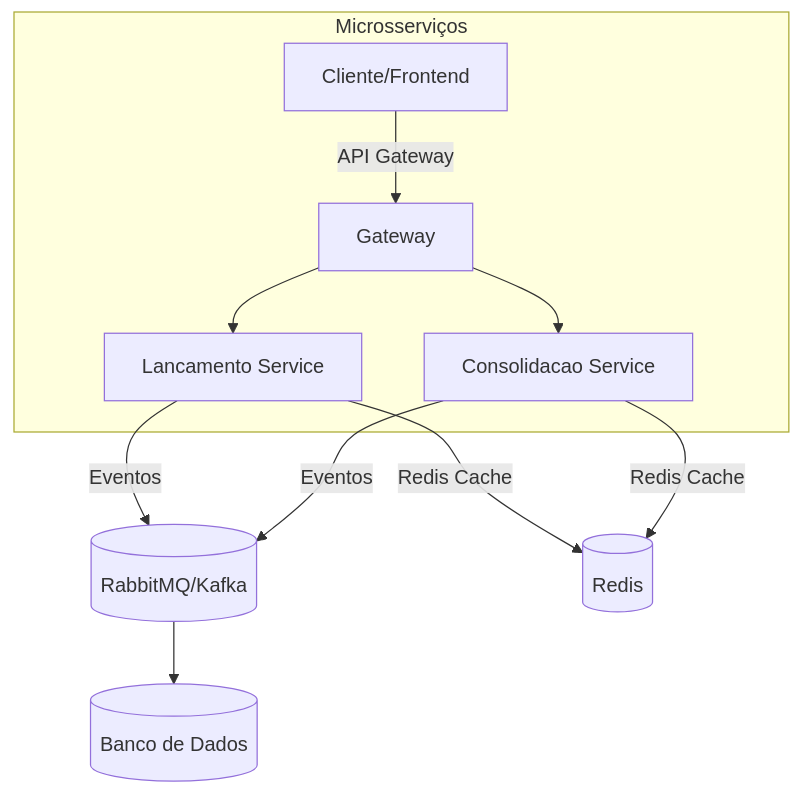
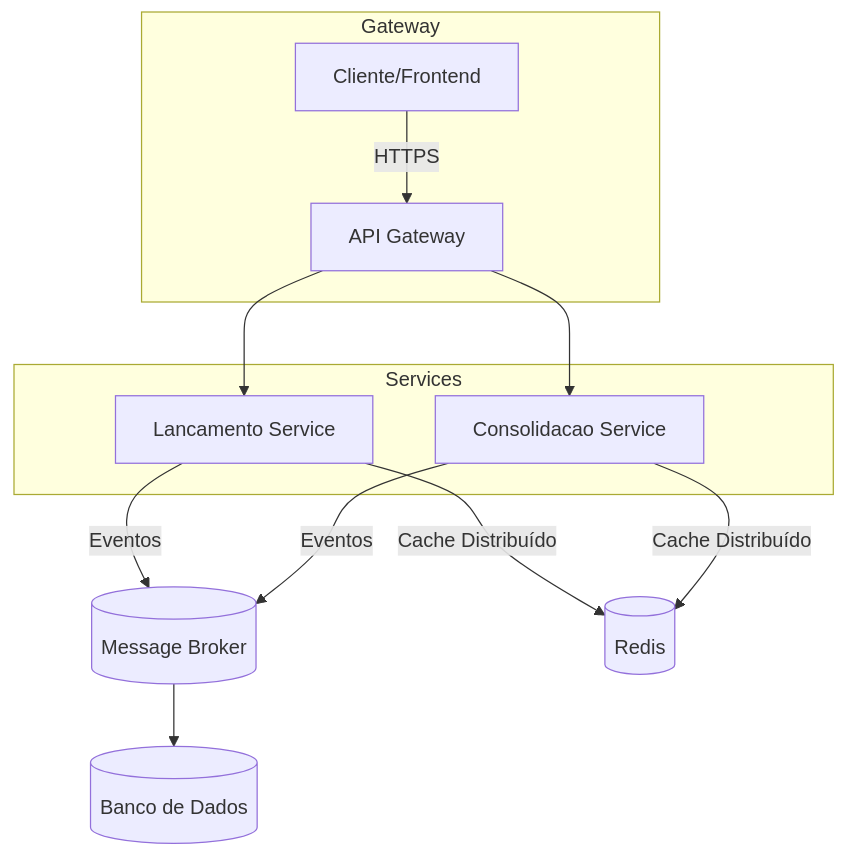
One commit to tiowick/Fluxo_Caixa changed the second of 2 diagrams in README.md. Above: the diagram before and after it, drawn with Mermaid. The commit also changed other lines of this file, not shown here.

````diff
--- a/README.md
+++ b/README.md
@@ -39,13 +34,14 @@
 ```mermaid
-graph TD
-    subgraph Microsserviços
-        A[Cliente/Frontend] -->|API Gateway| B[Gateway]
+flowchart TD
+    subgraph Gateway
+        A[Cliente/Frontend] -->|HTTPS| B[API Gateway]
+    end
+    subgraph Services
         B --> C[Lancamento Service]
         B --> D[Consolidacao Service]
     end
-    C -->|Eventos| E[(RabbitMQ/Kafka)]
+    C -->|Eventos| E[(Message Broker)]
     D -->|Eventos| E
-    C -->|Redis Cache| F[(Redis)]
-    D -->|Redis Cache| F
+    C & D -->|Cache Distribuído| F[(Redis)]
     E --> G[(Banco de Dados)]
-``` 
+```
````
